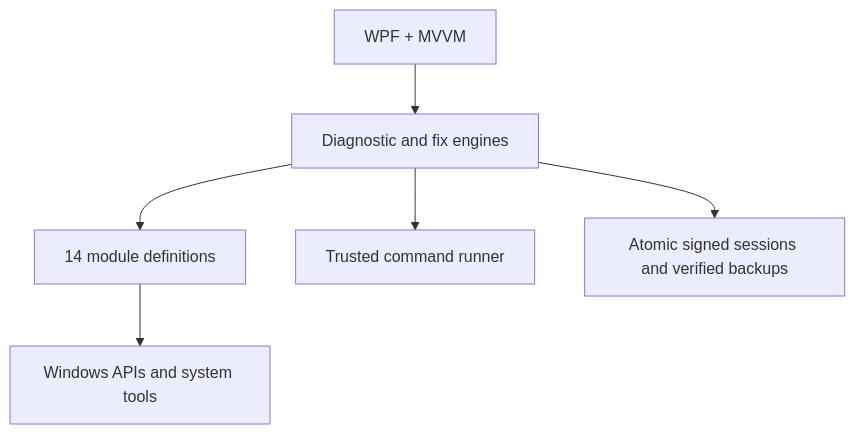
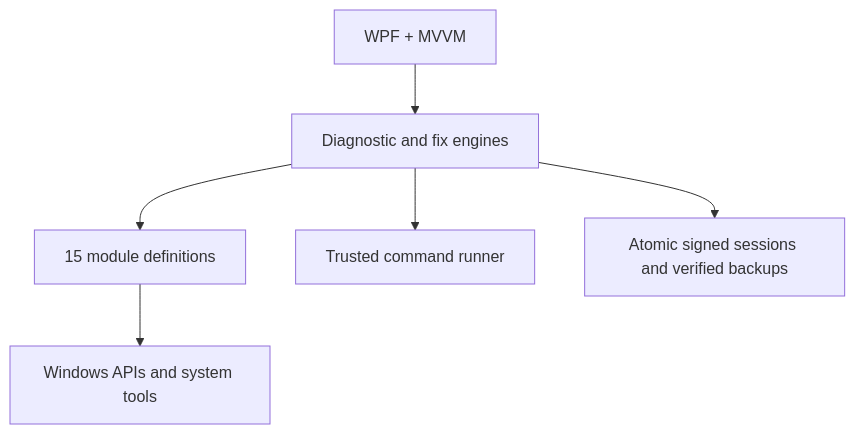
The diagram in README.md (CaYatur/CaYaFix), drawn with Mermaid before and after one commit. The commit also changed other lines of this file and 22 other files, not shown here.

````diff
--- a/README.md
+++ b/README.md
@@ -166,8 +166,8 @@
 ```mermaid
 flowchart TD
     UI[WPF + MVVM] --> Engine[Diagnostic and fix engines]
-    Engine --> Modules[14 module definitions]
+    Engine --> Modules[15 module definitions]
     Engine --> Runner[Trusted command runner]
     Engine --> Recovery[Atomic signed sessions and verified backups]
     Modules --> Windows[Windows APIs and system tools]
 ```
````
